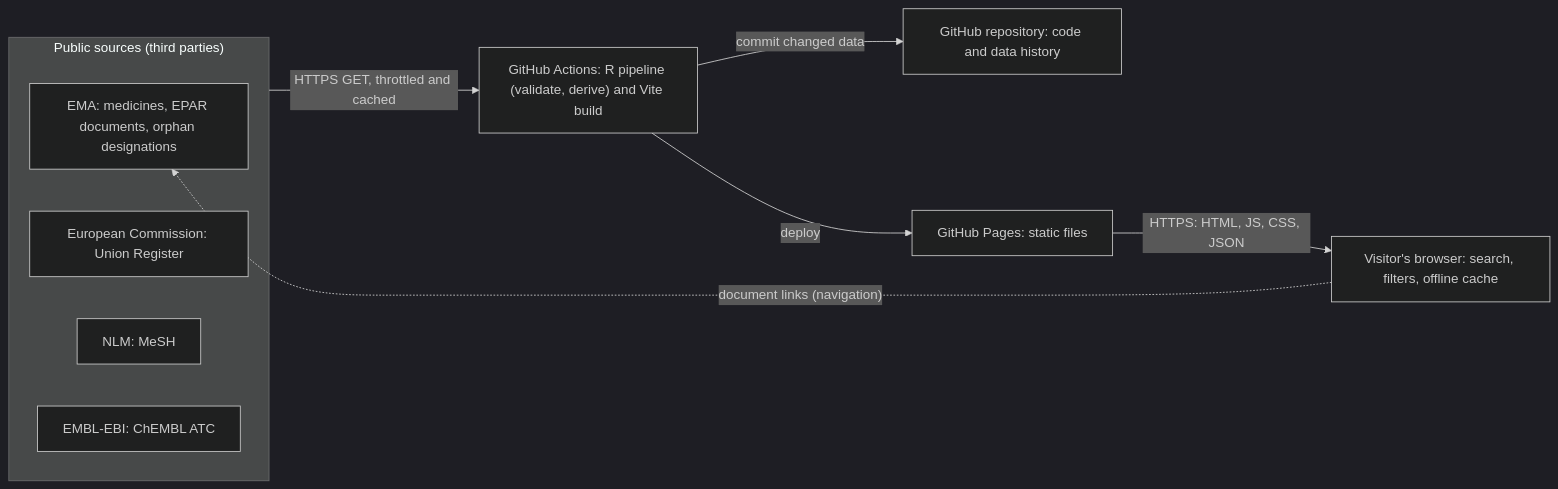
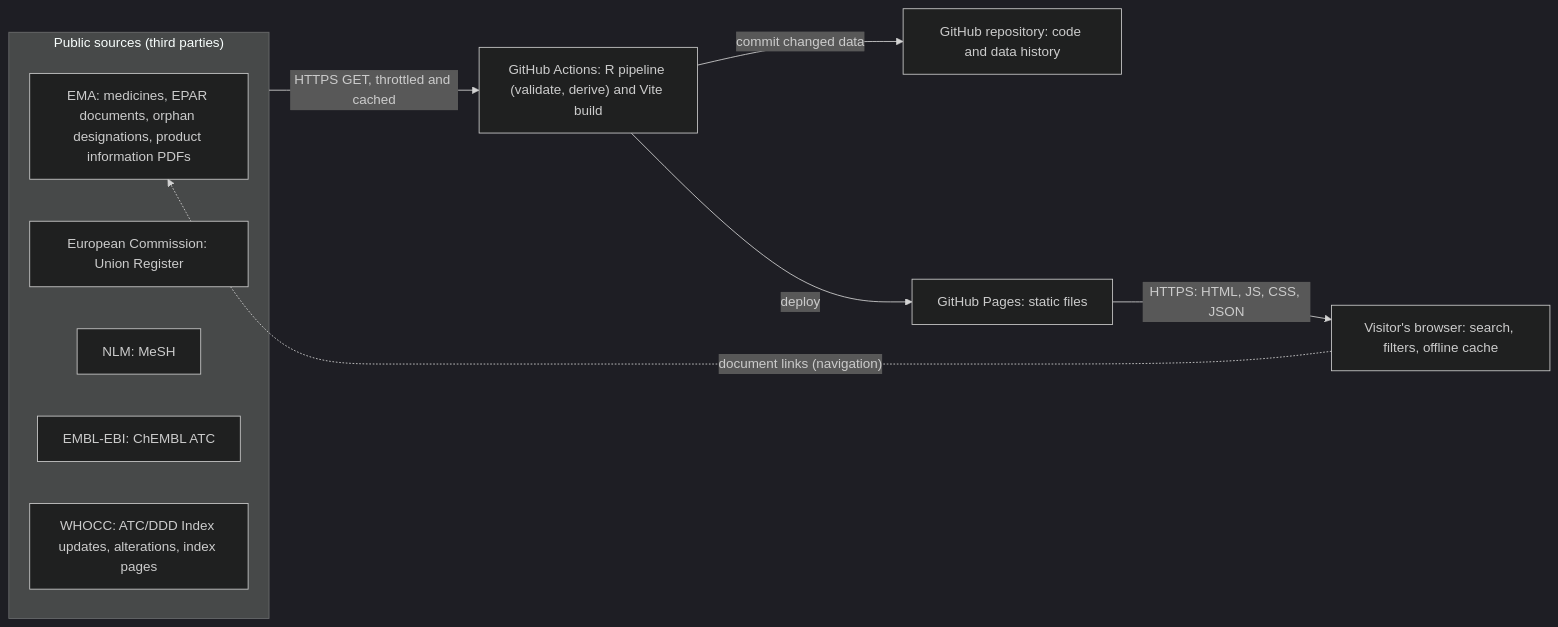
One commit to vrognas/approval-atlas changed the diagram in docs/mvsp.md. Above: the diagram before and after it, drawn with Mermaid (dark theme). The commit also changed other lines of this file and 25 other files, not shown here.

First line of the commit message:
feat: Add MeSH sub-areas and ATC codes from WHOCC and SmPCs (phase 4b)

````diff
--- a/docs/mvsp.md
+++ b/docs/mvsp.md
@@ -60,18 +61,19 @@
 ```mermaid
 flowchart LR
   subgraph sources["Public sources (third parties)"]
-    ema["EMA: medicines, EPAR documents, orphan designations"]
+    ema["EMA: medicines, EPAR documents, orphan designations, product information PDFs"]
     ec["European Commission: Union Register"]
     nlm["NLM: MeSH"]
     ebi["EMBL-EBI: ChEMBL ATC"]
+    whocc["WHOCC: ATC/DDD Index updates, alterations, index pages"]
   end
   ci["GitHub Actions: R pipeline (validate, derive) and Vite build"]
   repo["GitHub repository: code and data history"]
   pages["GitHub Pages: static files"]
   browser["Visitor's browser: search, filters, offline cache"]
   sources -- "HTTPS GET, throttled and cached" --> ci
   ci -- "commit changed data" --> repo
   ci -- "deploy" --> pages
   pages -- "HTTPS: HTML, JS, CSS, JSON" --> browser
   browser -. "document links (navigation)" .-> ema
 ```
````
